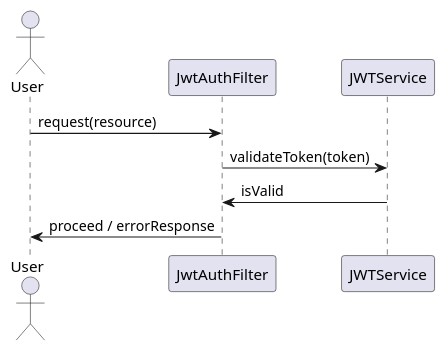
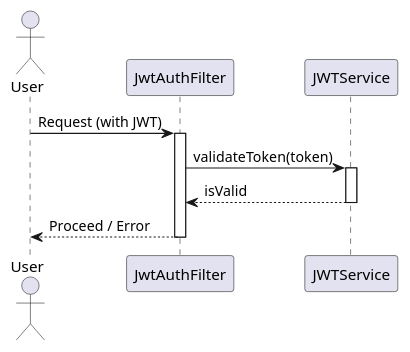
One commit to Dinesh-s95/AutoDoc.ai changed the third of 4 diagrams in identityprovider/documentation/detaileddesign.adoc. Above: the diagram before and after it, drawn with PlantUML. The commit also changed other lines of this file and 3 other files, not shown here.

```diff
--- a/identityprovider/documentation/detaileddesign.adoc
+++ b/identityprovider/documentation/detaileddesign.adoc
@@ -210,13 +258,20 @@
 [plantuml, jwt-validation-flow, png]
 ----
 @startuml
 actor User
 participant JwtAuthFilter
 participant JWTService
 
-User -> JwtAuthFilter : request(resource)
+User -> JwtAuthFilter : Request (with JWT)
+activate JwtAuthFilter
+
 JwtAuthFilter -> JWTService : validateToken(token)
-JWTService -> JwtAuthFilter : isValid
-JwtAuthFilter -> User : proceed / errorResponse
+activate JWTService
+
+JWTService --> JwtAuthFilter : isValid
+deactivate JWTService
+
+JwtAuthFilter --> User : Proceed / Error
+deactivate JwtAuthFilter
 @enduml
 ----
```
